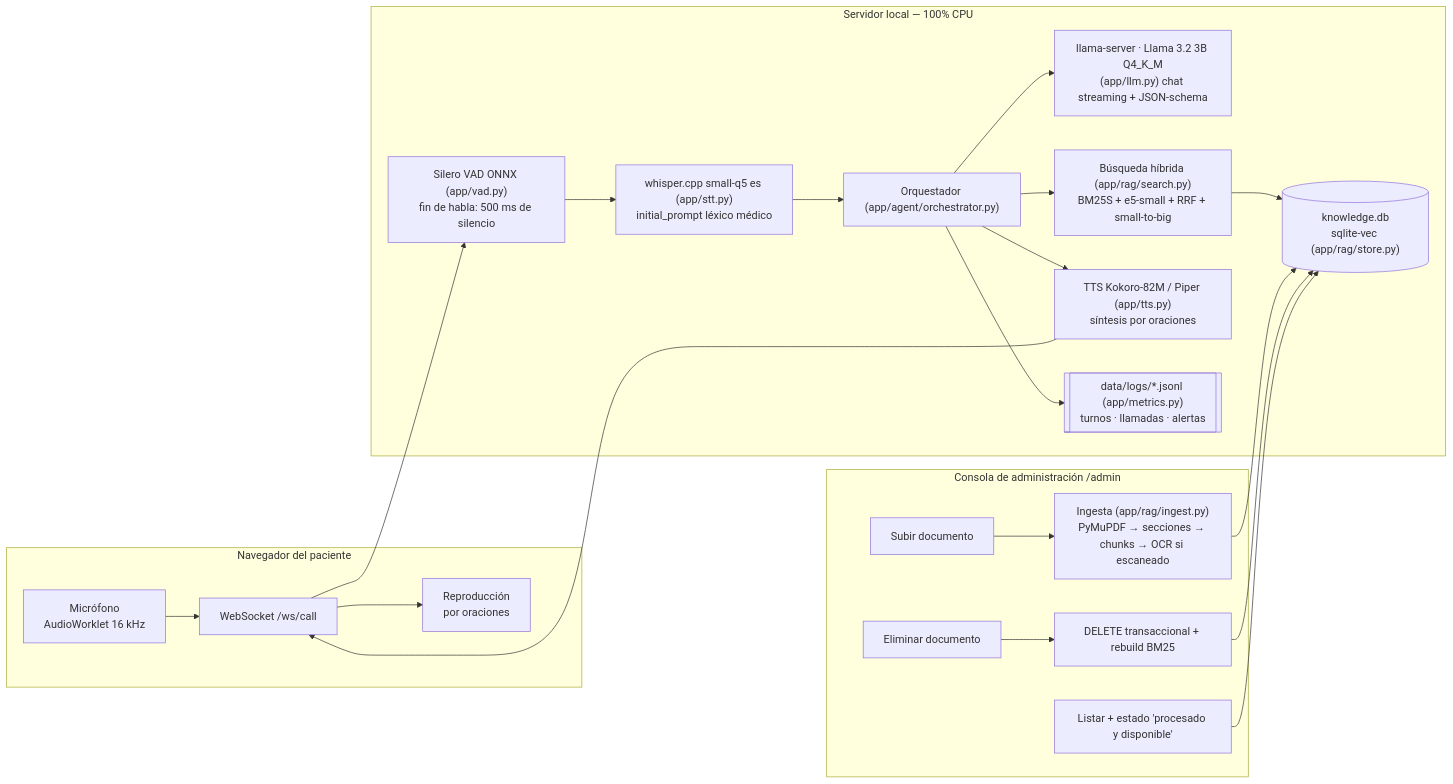
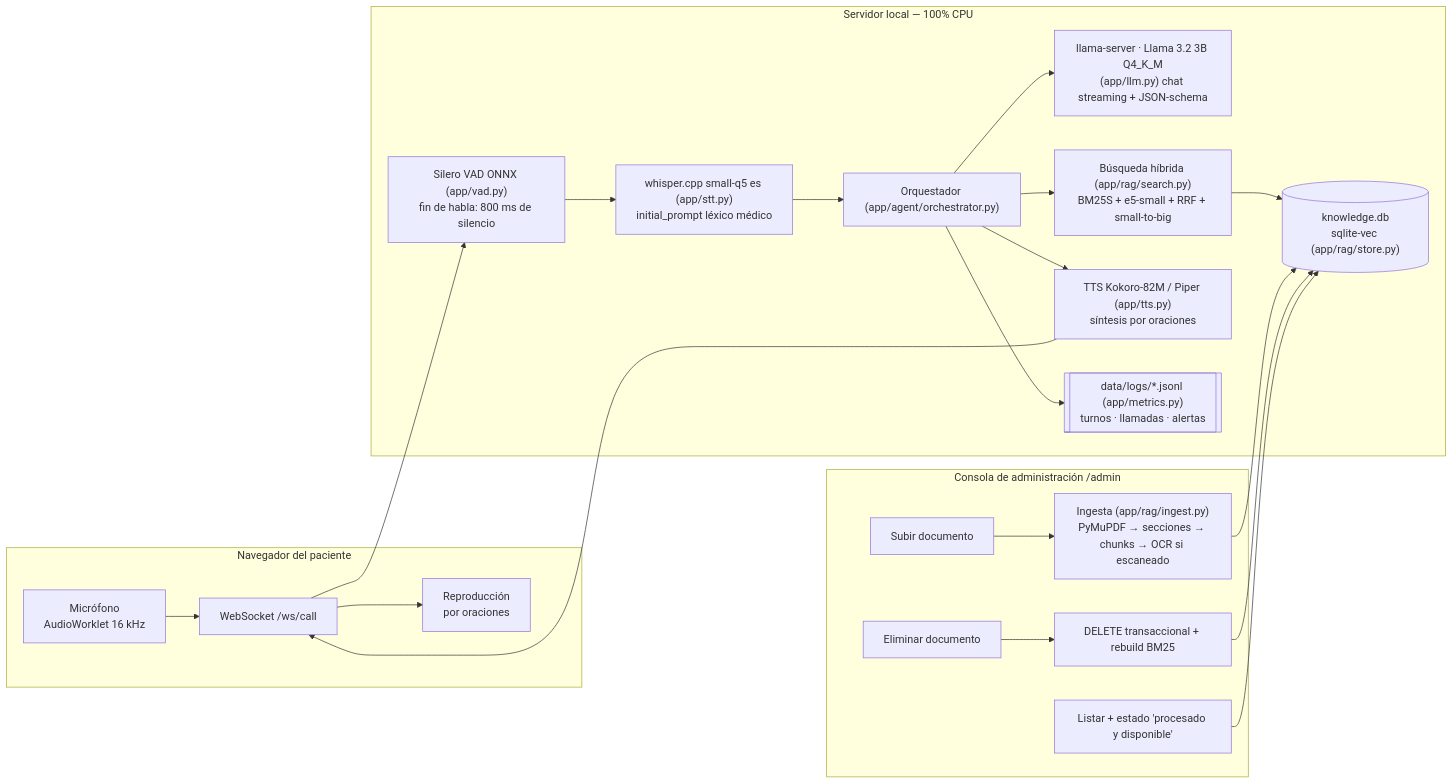
Before and after one commit to stiven-skyward/clara-postop-voice-agent: the first of 2 diagrams in docs/DIAGRAMA.md, drawn with Mermaid. The commit also changed 2 other files, not shown here.

Commit message:
Alinea el README con el repo público y declara scipy, que el remuestreo de audio ya usa.
El jurado clona clara-postop-voice-agent, no postop-voice-agent; sin scipy el pipeline de voz no arranca en un entorno limpio.

````diff
--- a/docs/DIAGRAMA.md
+++ b/docs/DIAGRAMA.md
@@ -22,23 +22,23 @@
 ```mermaid
 flowchart LR
   subgraph NAV[Navegador del paciente]
     MIC[Micrófono<br/>AudioWorklet 16 kHz] --> WSC[WebSocket /ws/call]
     WSC --> SPK[Reproducción<br/>por oraciones]
   end
   subgraph SRV[Servidor local — 100% CPU]
-    WSC --> VAD["Silero VAD ONNX (app/vad.py)<br/>fin de habla: 500 ms de silencio"]
+    WSC --> VAD["Silero VAD ONNX (app/vad.py)<br/>fin de habla: 800 ms de silencio"]
     VAD --> STT["whisper.cpp small-q5 es (app/stt.py)<br/>initial_prompt léxico médico"]
     STT --> ORQ["Orquestador (app/agent/orchestrator.py)"]
     ORQ --> LLM["llama-server · Llama 3.2 3B Q4_K_M<br/>(app/llm.py) chat streaming + JSON-schema"]
     ORQ --> RAGQ["Búsqueda híbrida (app/rag/search.py)<br/>BM25S + e5-small + RRF + small-to-big"]
     RAGQ --> KB[("knowledge.db<br/>sqlite-vec (app/rag/store.py)")]
     ORQ --> TTSX["TTS Kokoro-82M / Piper (app/tts.py)<br/>síntesis por oraciones"] --> WSC
     ORQ --> LOGS[["data/logs/*.jsonl (app/metrics.py)<br/>turnos · llamadas · alertas"]]
   end
   subgraph ADM[Consola de administración /admin]
     UP[Subir documento] --> ING["Ingesta (app/rag/ingest.py)<br/>PyMuPDF → secciones → chunks → OCR si escaneado"]
     ING --> KB
     DEL[Eliminar documento] --> DELT["DELETE transaccional + rebuild BM25"] --> KB
     LIST[Listar + estado 'procesado y disponible'] --> KB
   end
 ```
````
